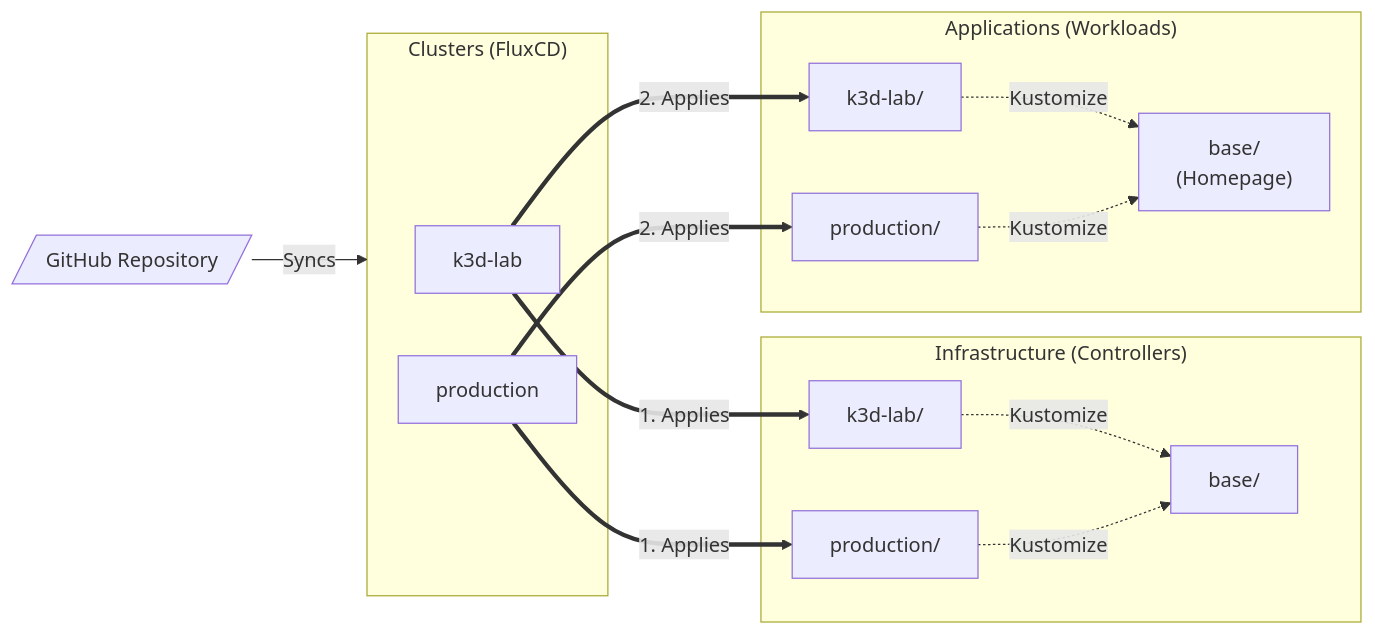
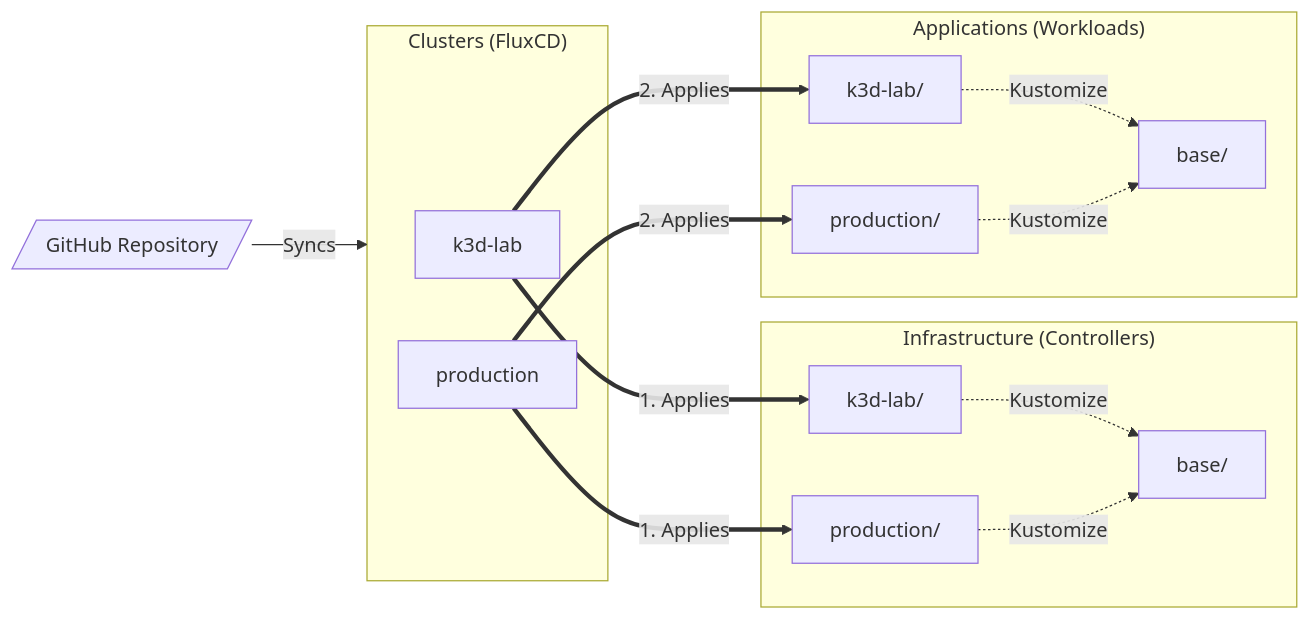
Before and after one commit to fleet-infra/gitops: the diagram in README.md, drawn with Mermaid. The commit also changed 1 other file, not shown here.

Commit message:
fix: Use traefik expose.default and update README

````diff
--- a/README.md
+++ b/README.md
@@ -7,35 +7,35 @@
 ```mermaid
 flowchart LR
   GitRepo[/"GitHub Repository"/]
 
   subgraph Clusters["Clusters (FluxCD)"]
     C_K3D["k3d-lab"]
     C_PROD["production"]
   end
 
   subgraph Infra["Infrastructure (Controllers)"]
     I_BASE["base/"]
     I_K3D["k3d-lab/"]
     I_PROD["production/"]
   end
 
   subgraph Apps["Applications (Workloads)"]
-    A_BASE["base/<br/>(Homepage)"]
+    A_BASE["base/"]
     A_K3D["k3d-lab/"]
     A_PROD["production/"]
   end
 
   GitRepo -->|"Syncs"| Clusters
 
   C_K3D ==>|"1. Applies"| I_K3D
   C_K3D ==>|"2. Applies"| A_K3D
 
   C_PROD ==>|"1. Applies"| I_PROD
   C_PROD ==>|"2. Applies"| A_PROD
 
   I_K3D -.->|"Kustomize"| I_BASE
   I_PROD -.->|"Kustomize"| I_BASE
 
   A_K3D -.->|"Kustomize"| A_BASE
   A_PROD -.->|"Kustomize"| A_BASE
 ```
````
